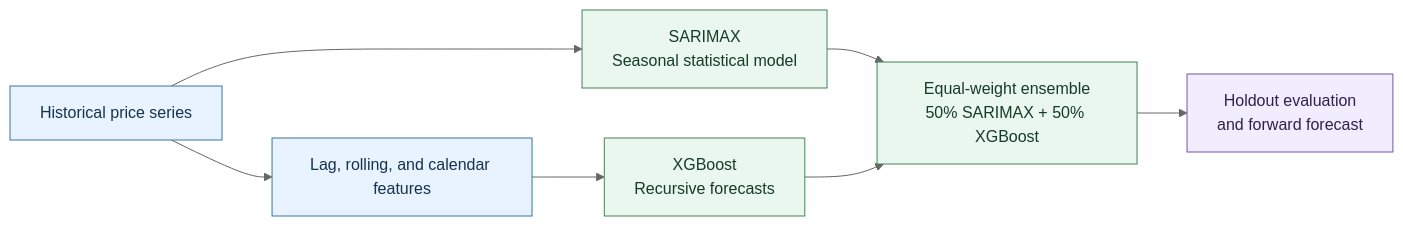
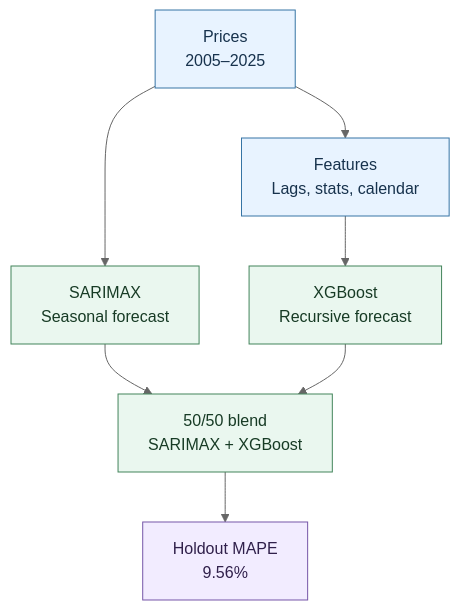
One commit to gamepatt78/way2agri-price-forecasting-engine changed the third of 5 diagrams in README.md. Above: the diagram before and after it, drawn with Mermaid (neutral theme). The commit also changed other lines of this file and 2 other files, not shown here.

Commit message:
docs: improve diagram readability and labels

````diff
--- a/README.md
+++ b/README.md
@@ -187,16 +192,16 @@
 ```mermaid
-flowchart LR
-    prices["Historical price series"] --> sarimax["SARIMAX<br/>Seasonal statistical model"]
-    prices --> features["Lag, rolling, and calendar features"]
-    features --> xgboost["XGBoost<br/>Recursive forecasts"]
-    sarimax --> ensemble["Equal-weight ensemble<br/>50% SARIMAX + 50% XGBoost"]
+flowchart TB
+    prices["Prices<br/>2005–2025"] --> sarimax["SARIMAX<br/>Seasonal forecast"]
+    prices --> features["Features<br/>Lags, stats, calendar"]
+    features --> xgboost["XGBoost<br/>Recursive forecast"]
+    sarimax --> ensemble["50/50 blend<br/>SARIMAX + XGBoost"]
     xgboost --> ensemble
-    ensemble --> evaluation["Holdout evaluation<br/>and forward forecast"]
+    ensemble --> evaluation["Holdout MAPE<br/>9.56%"]
 
     classDef input fill:#e8f3ff,stroke:#3674a5,color:#17324d
     classDef model fill:#eaf7ef,stroke:#43845b,color:#173b25
     classDef output fill:#f2ecff,stroke:#7656a8,color:#30204b
     class prices,features input
     class sarimax,xgboost,ensemble model
     class evaluation output
 ```
````
